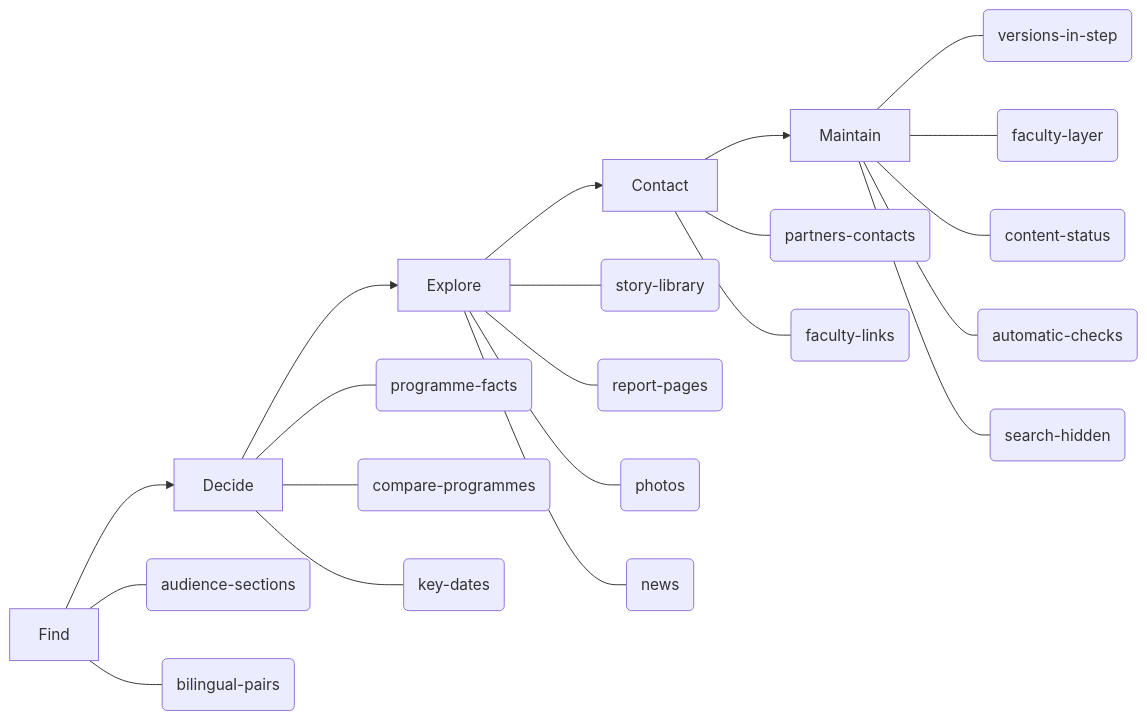
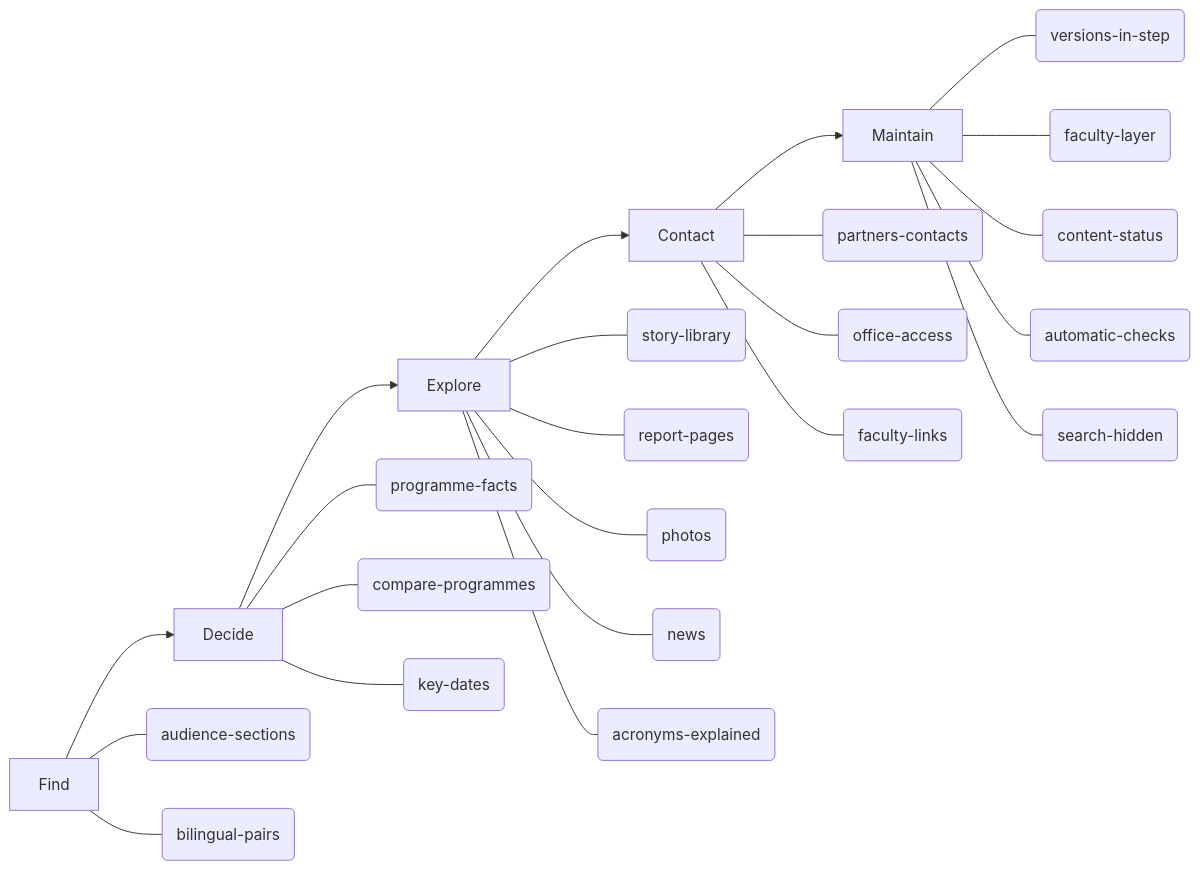
One commit to BasileChretien/nagoya-med-intl-prototype changed the diagram in docs/features.md. Above: the diagram before and after it, drawn with Mermaid. The commit also changed other lines of this file and 144 other files, not shown here.

````diff
--- a/docs/features.md
+++ b/docs/features.md
@@ -5,28 +5,30 @@
 ```mermaid
 flowchart LR
   S0["Find"]
   S1["Decide"]
   S2["Explore"]
   S3["Contact"]
   S4["Maintain"]
   S0 --> S1
   S1 --> S2
   S2 --> S3
   S3 --> S4
   S0 --- audience_sections("audience-sections")
   S0 --- bilingual_pairs("bilingual-pairs")
   S1 --- programme_facts("programme-facts")
   S1 --- compare_programmes("compare-programmes")
   S1 --- key_dates("key-dates")
   S2 --- story_library("story-library")
   S2 --- report_pages("report-pages")
   S2 --- photos("photos")
   S2 --- news("news")
   S3 --- partners_contacts("partners-contacts")
+  S3 --- office_access("office-access")
+  S2 --- acronyms_explained("acronyms-explained")
   S3 --- faculty_links("faculty-links")
   S4 --- versions_in_step("versions-in-step")
   S4 --- faculty_layer("faculty-layer")
   S4 --- content_status("content-status")
   S4 --- automatic_checks("automatic-checks")
   S4 --- search_hidden("search-hidden")
 ```
````
